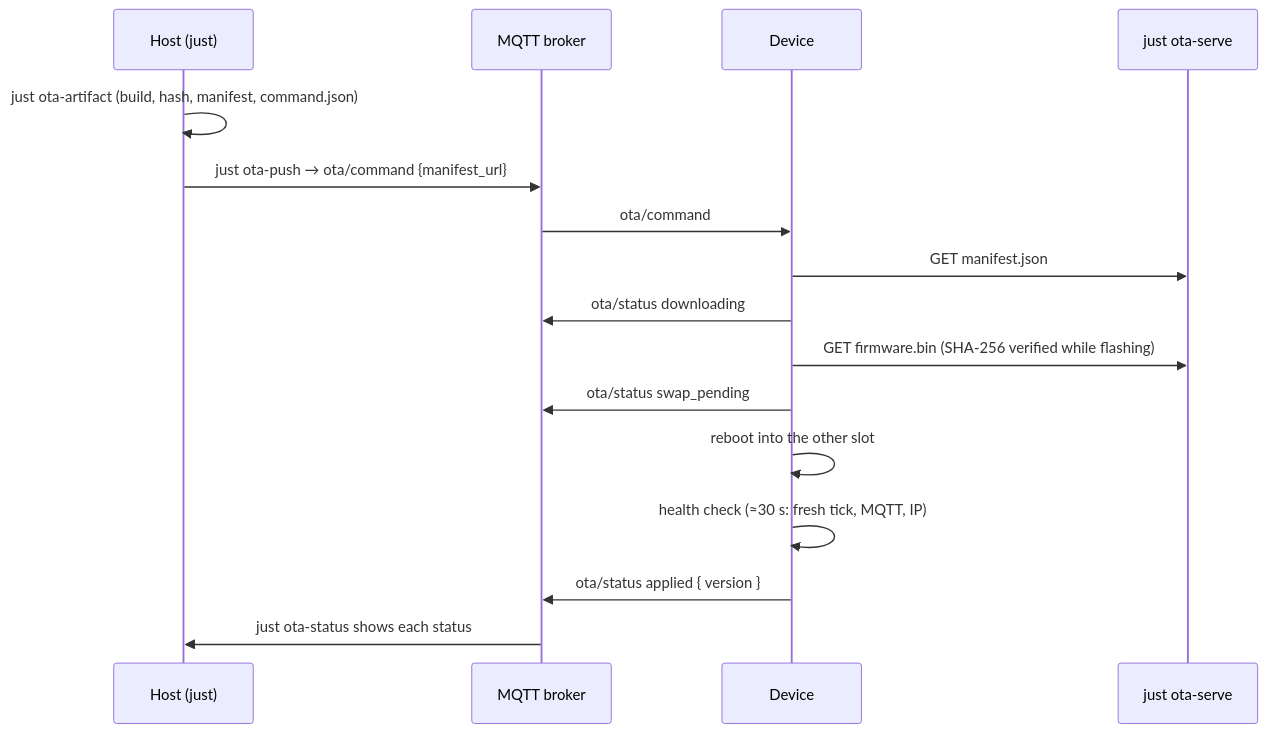
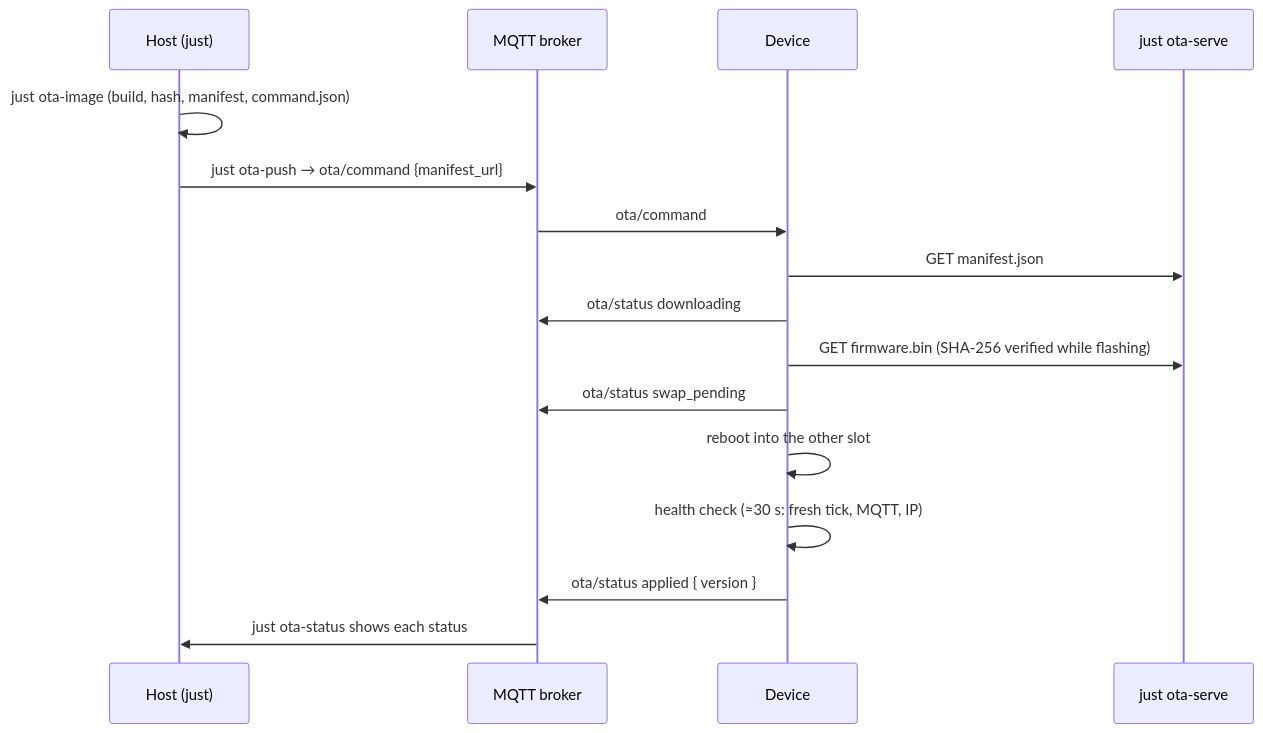
The first of 2 diagrams in docs/runbooks/ota-hardware-test.md (datenkollektiv/rustyfarian-rgb-clock), drawn with Mermaid before and after one commit. The commit also changed other lines of this file and 29 other files, not shown here.

````diff
--- a/docs/runbooks/ota-hardware-test.md
+++ b/docs/runbooks/ota-hardware-test.md
@@ -52,19 +52,19 @@
 ```mermaid
 sequenceDiagram
     participant H as Host (just)
     participant B as MQTT broker
     participant D as Device
     participant S as just ota-serve
 
-    H->>H: just ota-artifact (build, hash, manifest, command.json)
+    H->>H: just ota-image (build, hash, manifest, command.json)
     H->>B: just ota-push → ota/command {manifest_url}
     B->>D: ota/command
     D->>S: GET manifest.json
     D->>B: ota/status downloading
     D->>S: GET firmware.bin (SHA-256 verified while flashing)
     D->>B: ota/status swap_pending
     D->>D: reboot into the other slot
     D->>D: health check (≈30 s: fresh tick, MQTT, IP)
     D->>B: ota/status applied { version }
     B->>H: just ota-status shows each status
 ```
````
